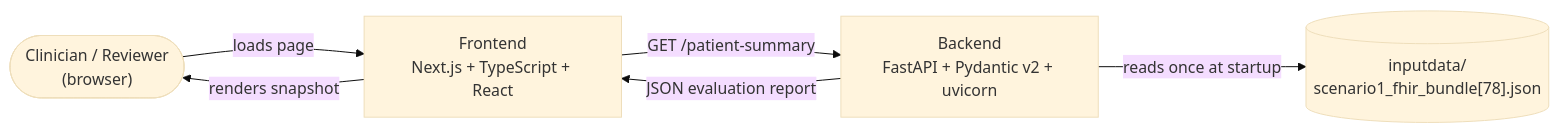
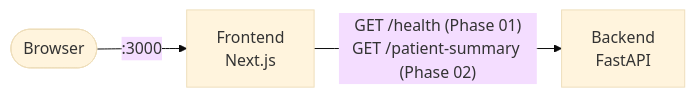
One commit to aaronfurtado93/patient-data-normalization changed the diagram in project-plan/HLD.md. Above: the diagram before and after it, drawn with Mermaid (base theme). The commit also changed other lines of this file and 13 other files, not shown here.

````diff
--- a/project-plan/HLD.md
+++ b/project-plan/HLD.md
@@ -21,13 +11,9 @@
 ```mermaid
 flowchart LR
-    User(["Clinician / Reviewer<br/>(browser)"])
-    FE["Frontend<br/>Next.js + TypeScript + React"]
-    BE["Backend<br/>FastAPI + Pydantic v2 + uvicorn"]
-    Bundle[("inputdata/<br/>scenario1_fhir_bundle[78].json")]
+    User(["Browser"])
+    FE["Frontend<br/>Next.js"]
+    BE["Backend<br/>FastAPI"]
 
-    User -->|loads page| FE
-    FE -->|"GET /patient-summary"| BE
-    BE -->|reads once at startup| Bundle
-    BE -->|JSON evaluation report| FE
-    FE -->|renders snapshot| User
+    User -->|":3000"| FE
+    FE -->|"GET /health (Phase 01)<br/>GET /patient-summary (Phase 02)"| BE
 ```
````
